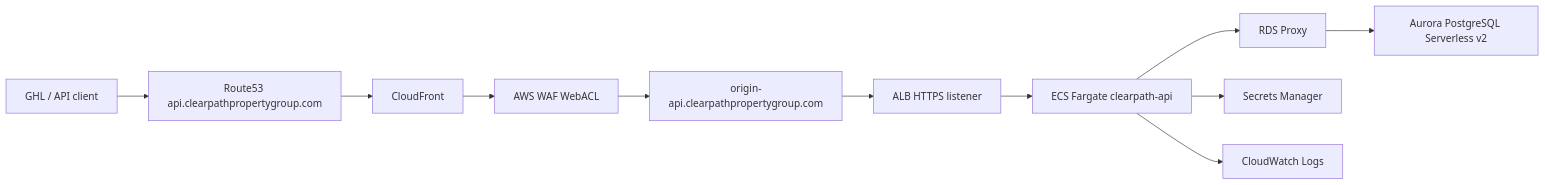
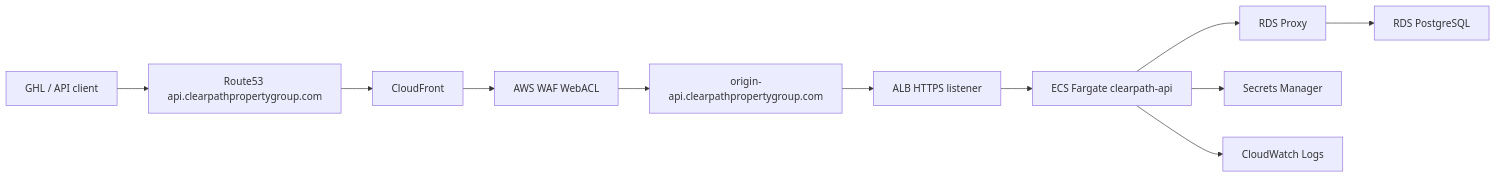
Before and after one commit to manynames3/clearpath-fargate-api: the diagram in README.md, drawn with Mermaid. The commit also changed other lines of this file and 20 other files, not shown here.

````diff
--- a/README.md
+++ b/README.md
@@ -96,13 +106,13 @@
 ```mermaid
 flowchart LR
     client["GHL / API client"] --> r53["Route53 api.clearpathpropertygroup.com"]
     r53 --> cf["CloudFront"]
     cf --> waf["AWS WAF WebACL"]
     waf --> origin["origin-api.clearpathpropertygroup.com"]
     origin --> alb["ALB HTTPS listener"]
     alb --> ecs["ECS Fargate clearpath-api"]
     ecs --> proxy["RDS Proxy"]
-    proxy --> aurora["Aurora PostgreSQL Serverless v2"]
+    proxy --> db["RDS PostgreSQL"]
     ecs --> secrets["Secrets Manager"]
     ecs --> logs["CloudWatch Logs"]
 ```
````
